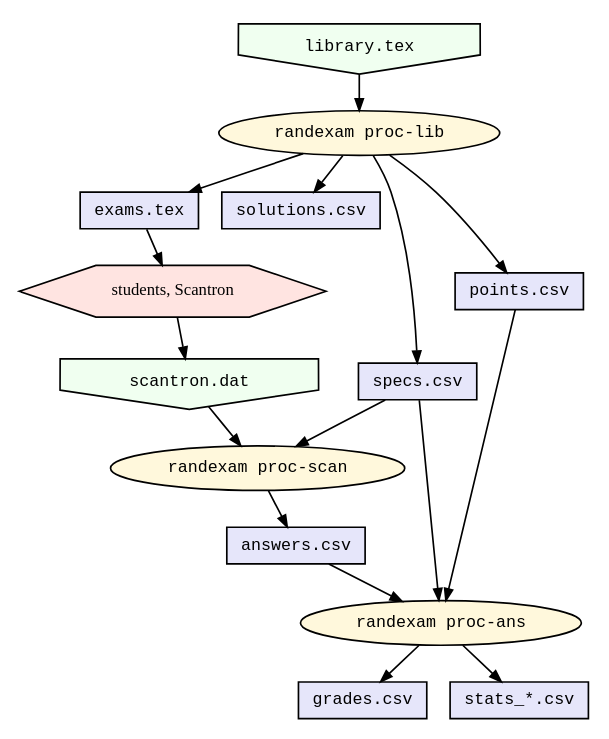
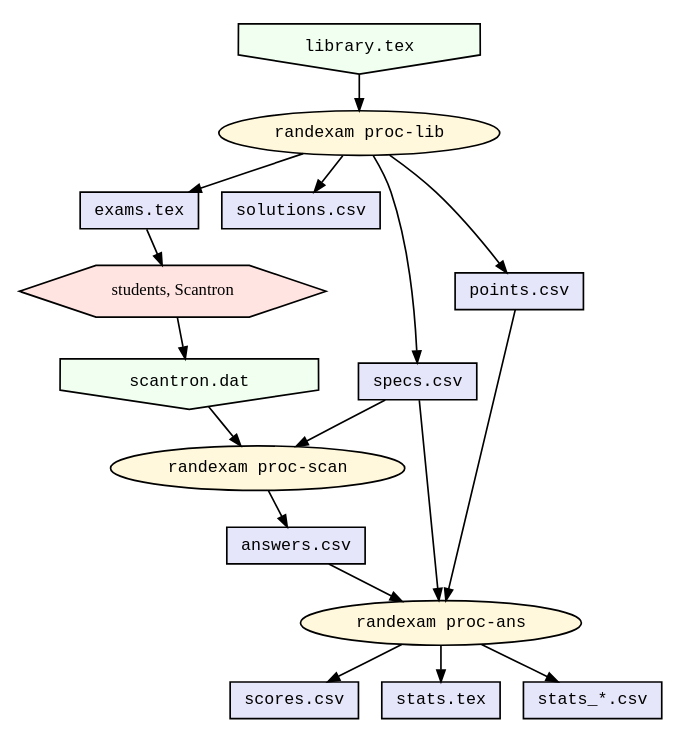
The diagram in pipeline.gv (mwest1066/randexam), drawn with Graphviz before and after one commit. The commit also changed 3 other files, not shown here.

Commit message:
rename grades -> scores

```diff
--- a/pipeline.gv
+++ b/pipeline.gv
@@ -1,32 +1,33 @@
 digraph partmc_modules {
     rankdir = TB;
     node [fontsize = 10, height = 0.3, width = 0.5];
     graph [nodesep = 0.2, ranksep = 0.3];
     edge [arrowsize = 0.7];
 
     library [label="library.tex", fontname=Courier, shape=invhouse, style=filled, fillcolor=honeydew1];
     scantron [label="scantron.dat", fontname=Courier, shape=invhouse, style=filled, fillcolor=honeydew1];
 
     students [label="students, Scantron", shape=hexagon, style=filled, fillcolor=mistyrose1];
 
     exams [label="exams.tex", fontname=Courier, shape=box, style=filled, fillcolor=lavender];
     solutions [label="solutions.csv", fontname=Courier, shape=box, style=filled, fillcolor=lavender];
     specs [label="specs.csv", fontname=Courier, shape=box, style=filled, fillcolor=lavender];
     points [label="points.csv", fontname=Courier, shape=box, style=filled, fillcolor=lavender];
     answers [label="answers.csv", fontname=Courier, shape=box, style=filled, fillcolor=lavender];
-    grades [label="grades.csv", fontname=Courier, shape=box, style=filled, fillcolor=lavender];
-    stats [label="stats_*.csv", fontname=Courier, shape=box, style=filled, fillcolor=lavender];
+    scores [label="scores.csv", fontname=Courier, shape=box, style=filled, fillcolor=lavender];
+    stats [label="stats.tex", fontname=Courier, shape=box, style=filled, fillcolor=lavender];
+    statsdata [label="stats_*.csv", fontname=Courier, shape=box, style=filled, fillcolor=lavender];
 
     proc_lib [label="randexam proc-lib", fontname=Courier, shape=ellipse, style=filled, fillcolor=cornsilk1];
     proc_scan [label="randexam proc-scan", fontname=Courier, shape=ellipse, style=filled, fillcolor=cornsilk1];
     proc_ans [label="randexam proc-ans", fontname=Courier, shape=ellipse, style=filled, fillcolor=cornsilk1];
 
     library -> proc_lib
     proc_lib -> { solutions; exams; specs; points }
     exams -> students
     students -> scantron
     { scantron; specs } -> proc_scan
     proc_scan -> answers
     { specs ; answers; points } -> proc_ans
-    proc_ans -> { grades; stats }
+    proc_ans -> { scores; stats; statsdata }
 }
```
